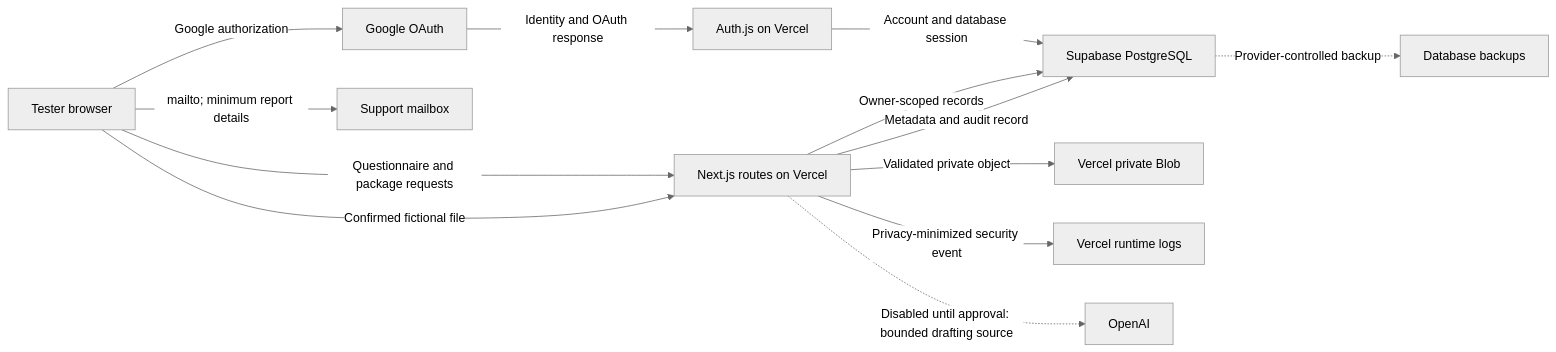
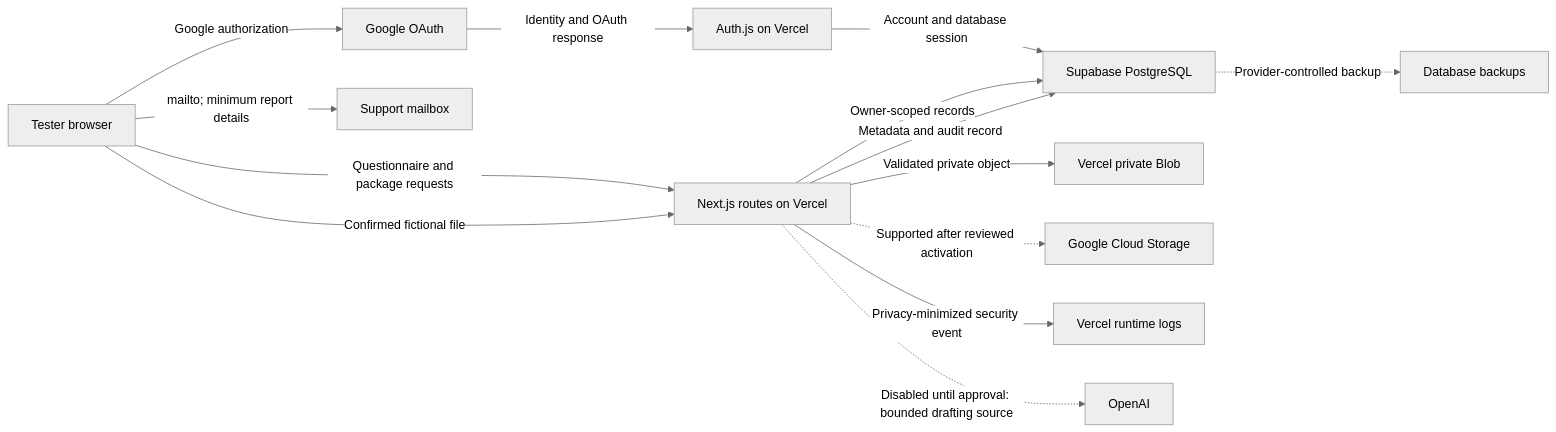
One commit to alpineobserver-cmd/veteran-claims-companion changed the diagram in docs/data-inventory-and-flow.md. Above: the diagram before and after it, drawn with Mermaid (neutral theme). The commit also changed other lines of this file and 23 other files, not shown here.

Commit message:
Add keyless Google Cloud document storage

````diff
--- a/docs/data-inventory-and-flow.md
+++ b/docs/data-inventory-and-flow.md
@@ -128,15 +130,16 @@
 ```mermaid
 flowchart LR
   U["Tester browser"] -->|"Google authorization"| G["Google OAuth"]
   G -->|"Identity and OAuth response"| A["Auth.js on Vercel"]
   A -->|"Account and database session"| P["Supabase PostgreSQL"]
   U -->|"Questionnaire and package requests"| R["Next.js routes on Vercel"]
   R -->|"Owner-scoped records"| P
   U -->|"Confirmed fictional file"| R
   R -->|"Validated private object"| B["Vercel private Blob"]
+  R -. "Supported after reviewed activation" .-> C["Google Cloud Storage"]
   R -->|"Metadata and audit record"| P
   R -->|"Privacy-minimized security event"| L["Vercel runtime logs"]
   U -->|"mailto; minimum report details"| S["Support mailbox"]
   R -. "Disabled until approval: bounded drafting source" .-> O["OpenAI"]
   P -. "Provider-controlled backup" .-> PB["Database backups"]
 ```
````
